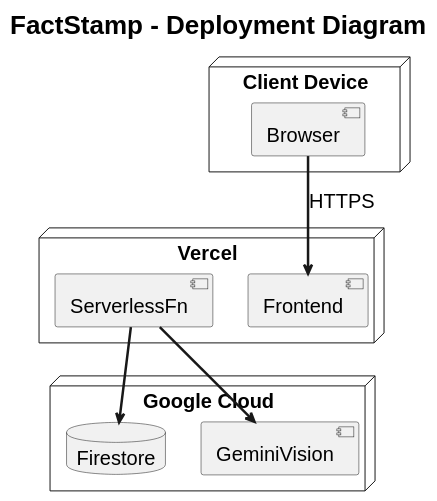
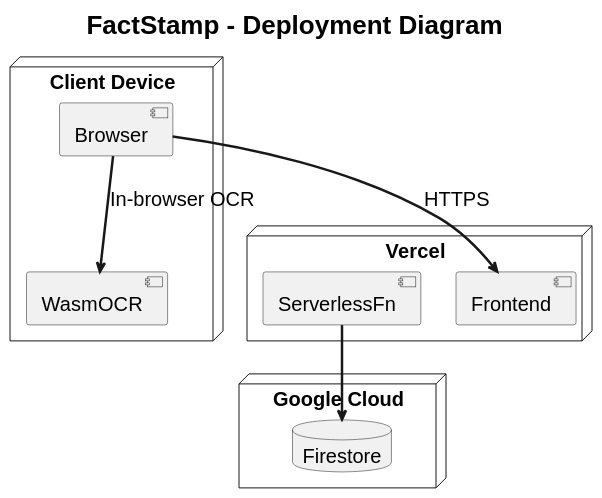
One commit to aadish0day/typst changed the eighth of 12 diagrams in FactStamp/Rules/Diagram-rules.md. Above: the diagram before and after it, drawn with PlantUML. The commit also changed other lines of this file and 417 other files, not shown here.

````diff
--- a/FactStamp/Rules/Diagram-rules.md
+++ b/FactStamp/Rules/Diagram-rules.md
@@ -380,31 +380,31 @@
 ```plantuml
 @startuml
 skinparam style strictuml
 skinparam monochrome true
 skinparam defaultFontName "Liberation Sans"
 skinparam defaultFontSize 20
 skinparam defaultFontStyle bold
 skinparam titleFontSize 26
 skinparam titleFontStyle bold
 skinparam ArrowThickness 2.5
 title FactStamp - Deployment Diagram
 
 node "Client Device" {
   [Browser]
+  [WasmOCR]
 }
 
 node "Vercel" {
   [Frontend]
   [ServerlessFn]
 }
 
 node "Google Cloud" {
   database Firestore
-  [GeminiVision]
 }
 
 [Browser] --> [Frontend] : HTTPS
+[Browser] --> [WasmOCR] : In-browser OCR
 [ServerlessFn] --> Firestore
-[ServerlessFn] --> [GeminiVision]
 @enduml
 ```
````
